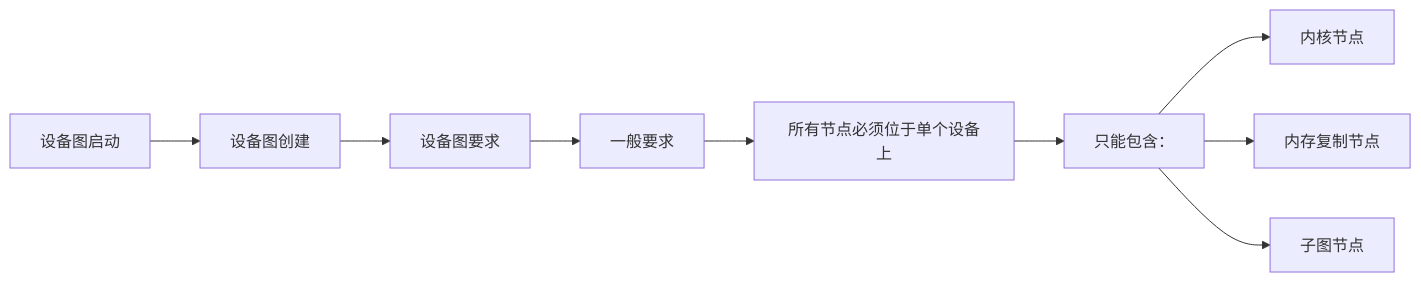
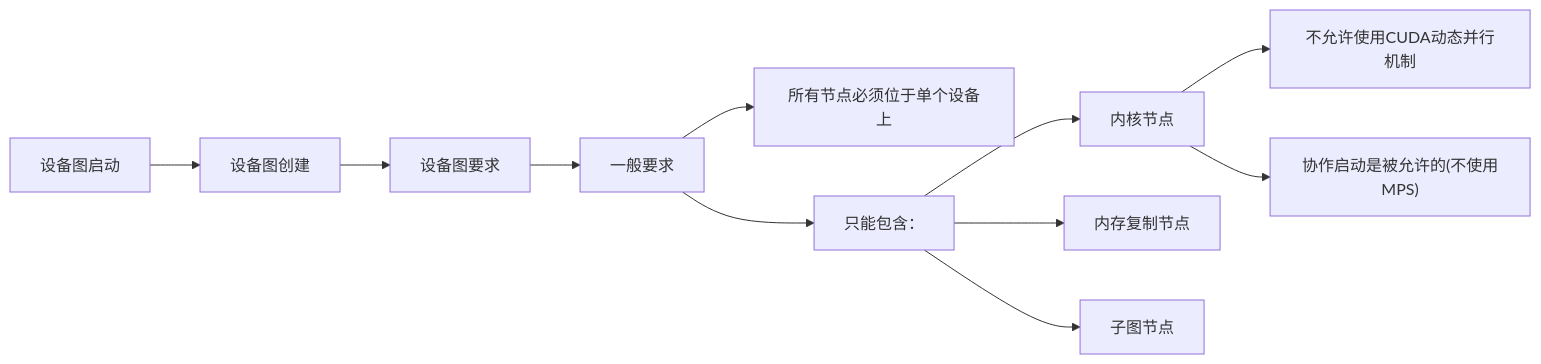
Before and after one commit to akai100/Hello-AI: the diagram in CUDA/CUDA 特性/CUDA 图/6. 设备图启动.md, drawn with Mermaid. The commit also changed other lines of this file, not shown here.

Commit message:
Update 6. 设备图启动.md

````diff
--- a/CUDA/CUDA 特性/CUDA 图/6. 设备图启动.md
+++ b/CUDA/CUDA 特性/CUDA 图/6. 设备图启动.md
@@ -1,20 +1,24 @@
 ```mermaid
 flowchart LR
     A@{label: "设备图启动"}
     B@{label: "设备图创建"}
     C@{label: "设备图要求"}
     D@{label: "一般要求"}
     E@{label: "所有节点必须位于单个设备上"}
     F@{label: "只能包含："}
     G@{label: "内核节点"}
     H@{label: "内存复制节点"}
     I@{label: "子图节点"}
+    J@{label: "不允许使用CUDA动态并行机制"}
+    K@{label: "协作启动是被允许的(不使用MPS)"}
     A --> B
     B --> C
     C --> D
     D --> E
-    E --> F
+    D --> F
     F --> G
     F --> H
     F --> I
+    G --> J
+    G --> K
 ```
````
